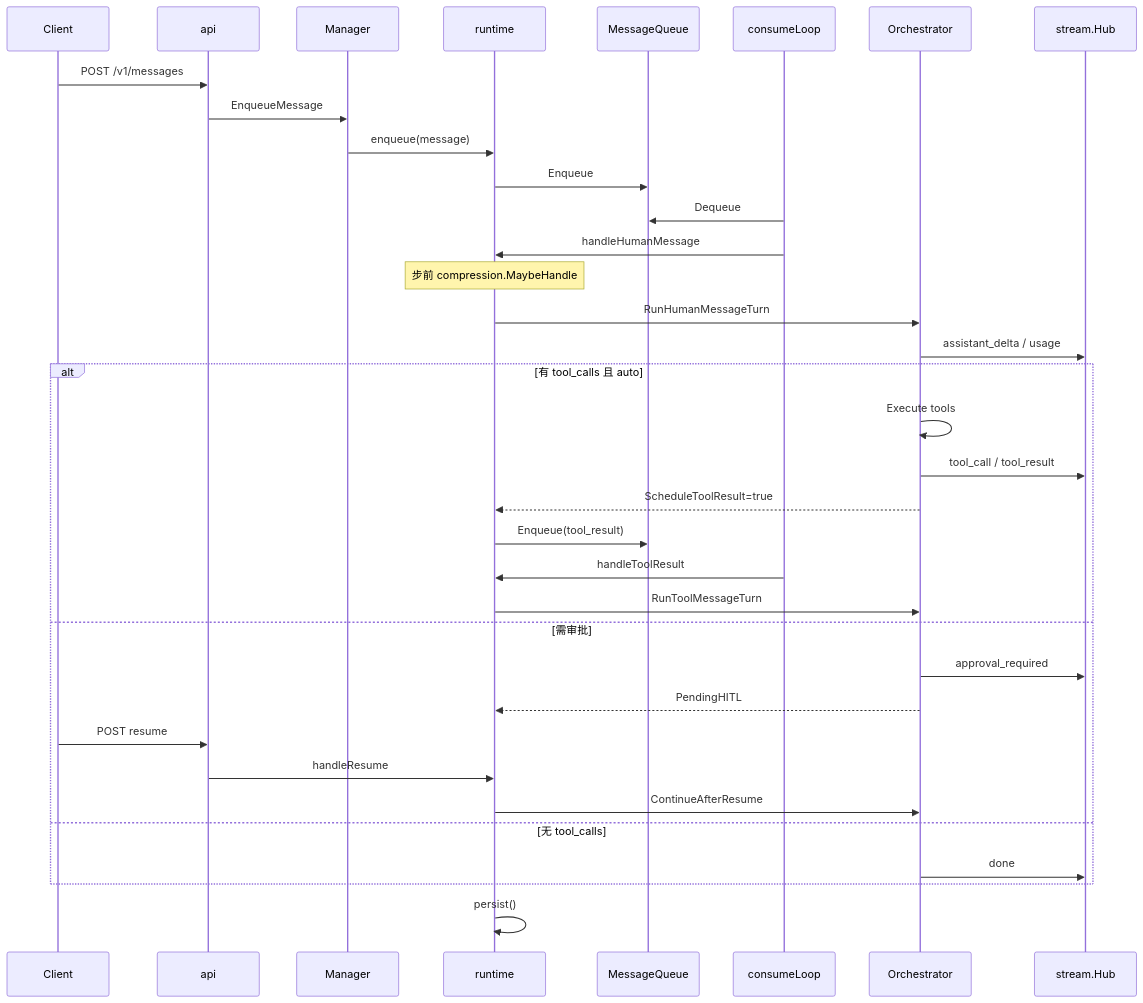
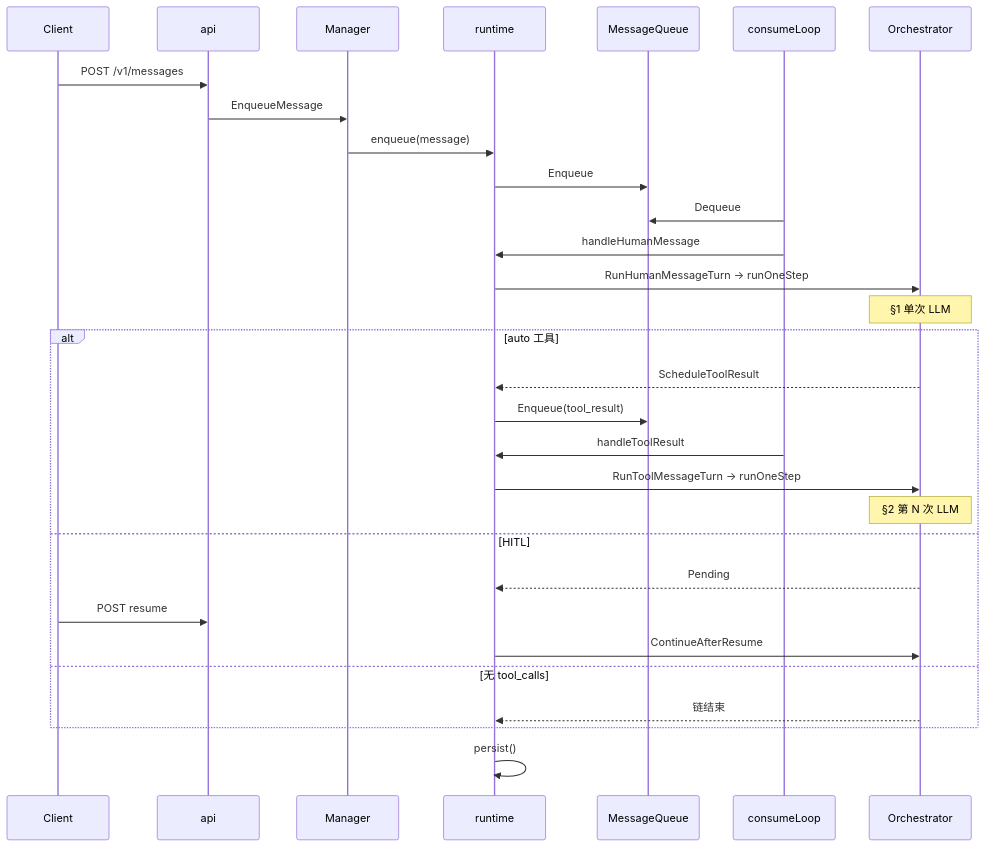
The second of 2 diagrams in docs/handbook/02-Agent-Node-核心.md (DGS-ai-team/DAgents), drawn with Mermaid before and after one commit. The commit also changed other lines of this file and 9 other files, not shown here.

````diff
--- a/docs/handbook/02-Agent-Node-核心.md
+++ b/docs/handbook/02-Agent-Node-核心.md
@@ -272,38 +456,33 @@
 ```mermaid
 sequenceDiagram
     participant C as Client
     participant API as api
     participant M as Manager
     participant RT as runtime
     participant Q as MessageQueue
     participant L as consumeLoop
     participant O as Orchestrator
-    participant H as stream.Hub
 
     C->>API: POST /v1/messages
     API->>M: EnqueueMessage
     M->>RT: enqueue(message)
     RT->>Q: Enqueue
     L->>Q: Dequeue
     L->>RT: handleHumanMessage
-    Note over RT: 步前 compression.MaybeHandle
-    RT->>O: RunHumanMessageTurn
-    O->>H: assistant_delta / usage
-    alt 有 tool_calls 且 auto
-        O->>O: Execute tools
-        O->>H: tool_call / tool_result
-        O-->>RT: ScheduleToolResult=true
+    RT->>O: RunHumanMessageTurn → runOneStep
+    Note over O: §1 单次 LLM
+    alt auto 工具
+        O-->>RT: ScheduleToolResult
         RT->>Q: Enqueue(tool_result)
         L->>RT: handleToolResult
-        RT->>O: RunToolMessageTurn
-    else 需审批
-        O->>H: approval_required
-        O-->>RT: PendingHITL
+        RT->>O: RunToolMessageTurn → runOneStep
+        Note over O: §2 第 N 次 LLM
+    else HITL
+        O-->>RT: Pending
         C->>API: POST resume
-        API->>RT: handleResume
         RT->>O: ContinueAfterResume
     else 无 tool_calls
-        O->>H: done
+        O-->>RT: 链结束
     end
     RT->>RT: persist()
 ```
````
